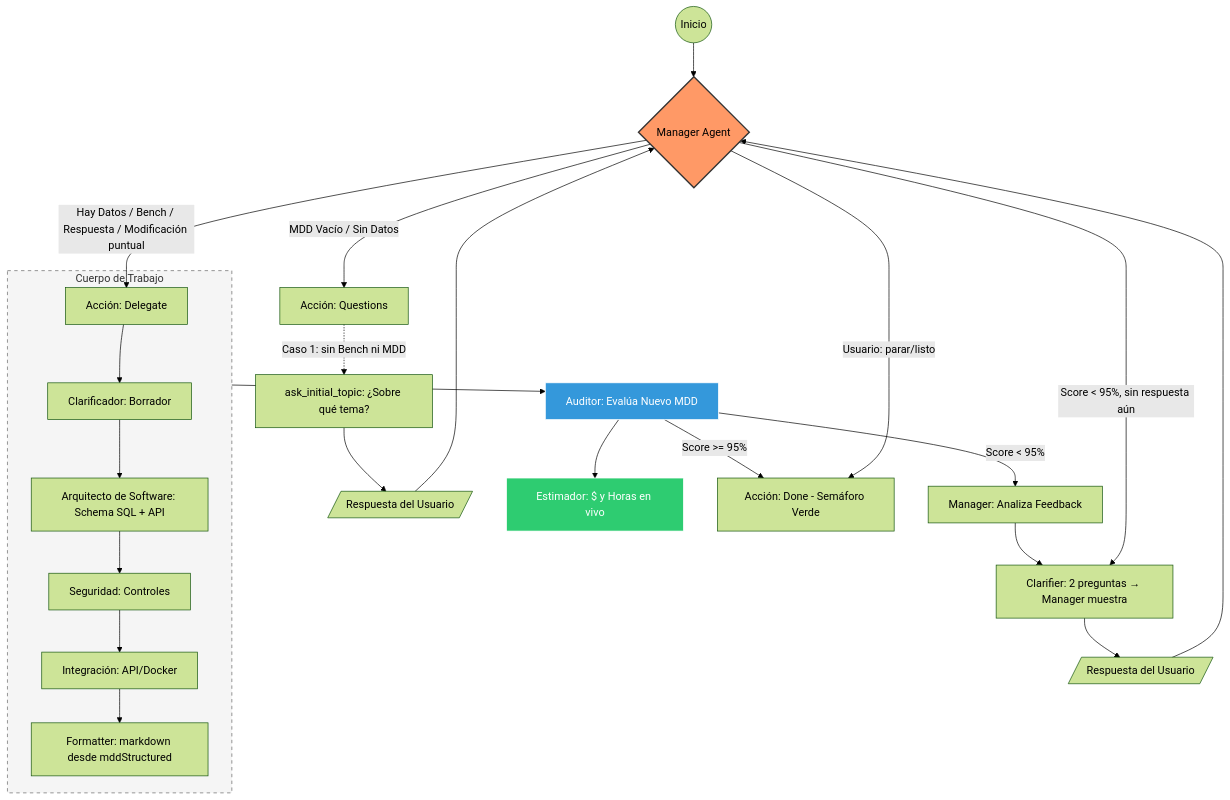
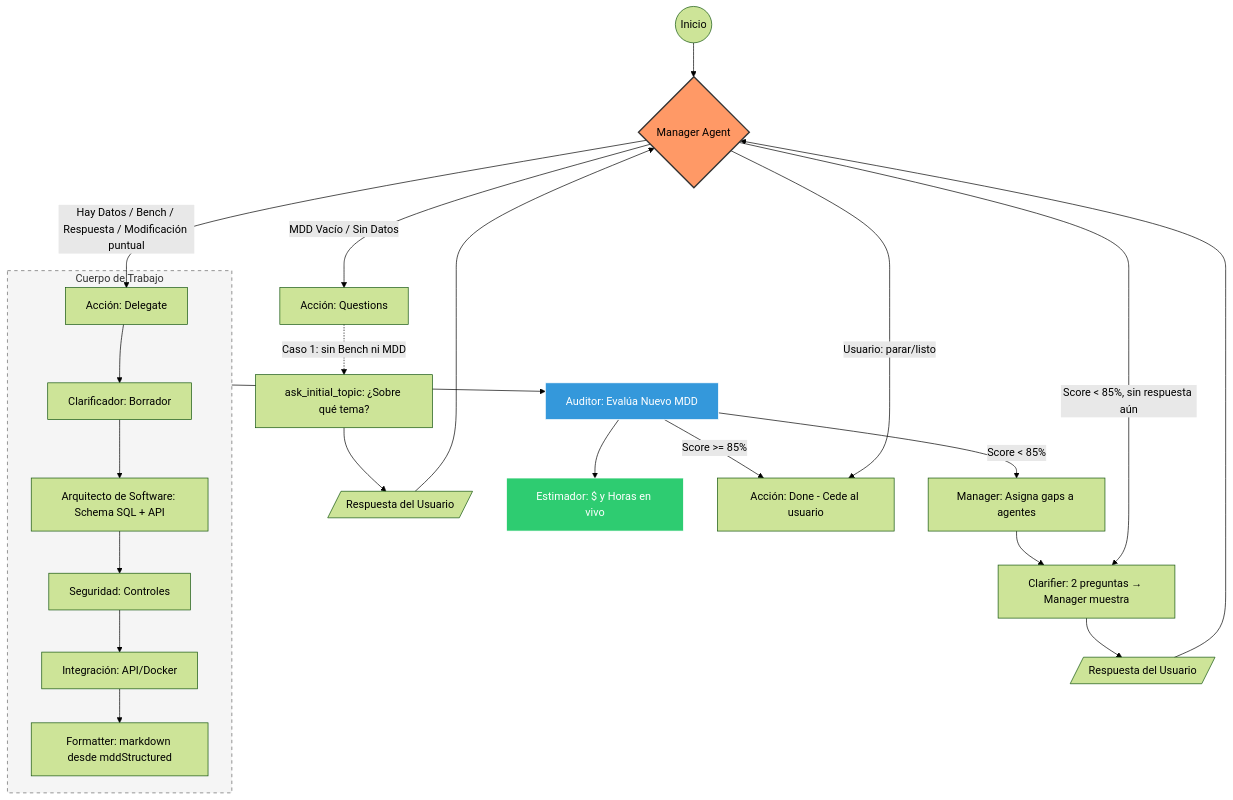
The diagram in apps/api/src/modules/ai-analysis/README.md (kreodevs/theforge), drawn with Mermaid (forest theme) before and after one commit. The commit also changed other lines of this file and 55 other files, not shown here.

````diff
--- a/apps/api/src/modules/ai-analysis/README.md
+++ b/apps/api/src/modules/ai-analysis/README.md
@@ -43,46 +43,46 @@
 ```mermaid
 graph TD
     %% Inicio y Orquestación
     Start((Inicio)) --> Manager{Manager Agent}
 
     %% Decisiones del Manager
     Manager -- "MDD Vacío / Sin Datos" --> Questions[Acción: Questions]
     Manager -- "Hay Datos / Bench / Respuesta / Modificación puntual" --> Delegate[Acción: Delegate]
 
     %% Caso 1: pregunta inicial única
     Questions -.->|"Caso 1: sin Bench ni MDD"| AskTopic[ask_initial_topic: ¿Sobre qué tema?]
     AskTopic --> UserInput[/Respuesta del Usuario/]
     UserInput --> Manager
 
     %% El Ciclo de Construcción (aquí se modifica el MDD)
     subgraph Especialistas [Cuerpo de Trabajo]
         Delegate --> Clarifier[Clarificador: Borrador]
         Clarifier --> SoftwareArchitect[Arquitecto de Software: Schema SQL + API]
         SoftwareArchitect --> Security[Seguridad: Controles]
         Security --> Integration[Integración: API/Docker]
         Integration --> Formatter2[Formatter: markdown desde mddStructured]
     end
 
     %% Evaluación y Feedback
     Especialistas --> Auditor[Auditor: Evalúa Nuevo MDD]
     Auditor --> Estimator[Estimador: $ y Horas en vivo]
 
     %% El Bucle de Refinamiento
-    Auditor -- "Score < 95%" --> FeedbackLoop[Manager: Analiza Feedback]
+    Auditor -- "Score < 85%" --> FeedbackLoop[Manager: Asigna gaps a agentes]
     FeedbackLoop --> QuestionsRefine[Clarifier: 2 preguntas → Manager muestra]
     QuestionsRefine --> UserInputRefine[/Respuesta del Usuario/]
     UserInputRefine --> Manager
 
     %% Interacción Humana (refinamiento)
-    Manager -- "Score < 95%, sin respuesta aún" --> QuestionsRefine
+    Manager -- "Score < 85%, sin respuesta aún" --> QuestionsRefine
 
     %% Cierre
-    Auditor -- "Score >= 95%" --> Done[Acción: Done - Semáforo Verde]
+    Auditor -- "Score >= 85%" --> Done[Acción: Done - Cede al usuario]
     Manager -- "Usuario: parar/listo" --> Done
 
     %% Estilos
     style Manager fill:#f96,stroke:#333,stroke-width:2px
     style Auditor fill:#3498db,stroke:#fff,color:#fff
     style Estimator fill:#2ecc71,stroke:#fff,color:#fff
     style Especialistas fill:#f5f5f5,stroke:#666,stroke-dasharray: 5 5
 ```
````
